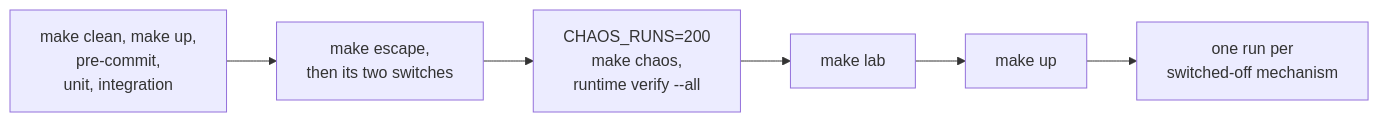
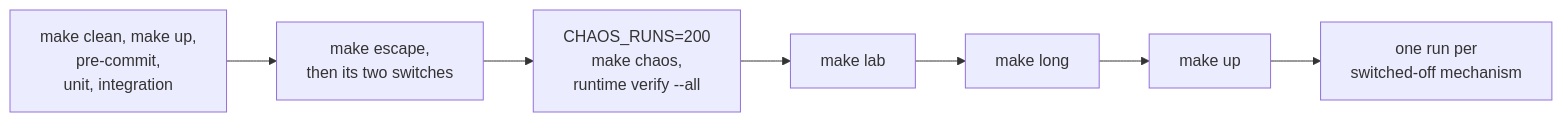
Before and after one commit to sindredg/agent-runtime: the first of 2 diagrams in docs/results/README.md, drawn with Mermaid. The commit also changed other lines of this file and 8 other files, not shown here.

````diff
--- a/docs/results/README.md
+++ b/docs/results/README.md
@@ -24,8 +24,9 @@
 ```mermaid
 flowchart LR
     S1[make clean, make up,<br/>pre-commit,<br/>unit, integration] --> S2[make escape,<br/>then its two switches]
     S2 --> S3[CHAOS_RUNS=200<br/>make chaos,<br/>runtime verify --all]
     S3 --> S4[make lab]
-    S4 --> S5[make up]
+    S4 --> S4b[make long]
+    S4b --> S5[make up]
     S5 --> S6[one run per<br/>switched-off mechanism]
 ```
````
